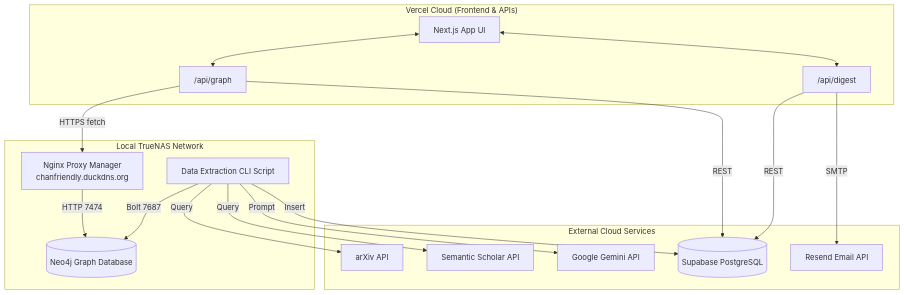
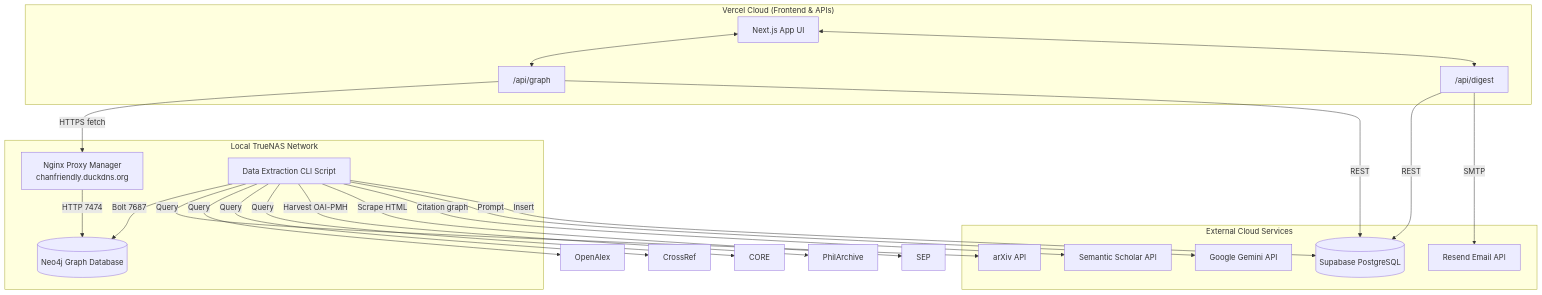
The diagram in README.md (chanfriendly/PhilAI-Connect), drawn with Mermaid before and after one commit. The commit also changed other lines of this file and 2 other files, not shown here.

Commit message:
Add PhilArchive OAI-PMH source and expand query bank
- New src/lib/api/philarchive.ts: OAI-PMH client for philarchive.org,
  harvests records by date range (default 90 days), paginated via
  resumptionToken. No auth required. PHILARCHIVE_FROM / PHILARCHIVE_UNTIL
  env vars override the window.
- Pipeline (extractArxiv.ts): PhilArchive runs as a final harvest phase
  after all query-based sources; no per-query calls since OAI-PMH has
  no keyword search — Gemini handles relevance filtering.
- Query bank: +15 queries covering key AI-philosophy figures (Chalmers,
  Dennett, Searle, Putnam, Nagel, Block, Bostrom, Floridi, Parfit) and
  emerging areas (LLM implications, AI sentience, algorithmic fairness,
  posthumanism).
- README: updated data sources list and architecture diagram.

````diff
--- a/README.md
+++ b/README.md
@@ -22,43 +22,48 @@
 ```mermaid
 graph TD
     classDef cloud fill:#f9f9f9,stroke:#333,stroke-width:2px;
     classDef local fill:#e6f3ff,stroke:#0066cc,stroke-width:2px;
     classDef external fill:#f0f0f0,stroke:#666,stroke-width:1px,stroke-dasharray: 5 5;
 
     subgraph "Vercel Cloud (Frontend & APIs)"
         UI[Next.js App UI]
         API_Graph["/api/graph"]
         API_Digest["/api/digest"]
         
         UI <--> API_Graph
         UI <--> API_Digest
     end
 
     subgraph "Local TrueNAS Network"
         NPM[Nginx Proxy Manager<br/>chanfriendly.duckdns.org]
         Neo4j[(Neo4j Graph Database)]
         Cron[Data Extraction CLI Script]
         
         NPM -->|HTTP 7474| Neo4j
         Cron -->|Bolt 7687| Neo4j
     end
 
     subgraph "External Cloud Services"
         Supabase[(Supabase PostgreSQL)]
         Gemini[Google Gemini API]
         Semantic[Semantic Scholar API]
         Arxiv[arXiv API]
         Resend[Resend Email API]
     end
 
     %% Connections
     API_Graph -->|HTTPS fetch| NPM
     API_Graph -->|REST| Supabase
     API_Digest -->|REST| Supabase
     API_Digest -->|SMTP| Resend
 
     Cron -->|Query| Arxiv
-    Cron -->|Query| Semantic
+    Cron -->|Query| OpenAlex
+    Cron -->|Query| CrossRef
+    Cron -->|Query| CORE
+    Cron -->|Harvest OAI-PMH| PhilArchive
+    Cron -->|Scrape HTML| SEP
+    Cron -->|Citation graph| Semantic
     Cron -->|Prompt| Gemini
     Cron -->|Insert| Supabase
 ```
````
